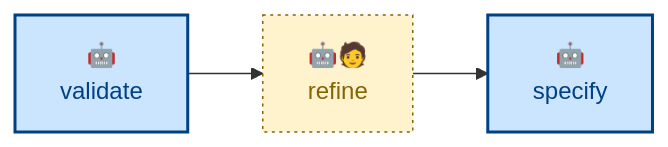
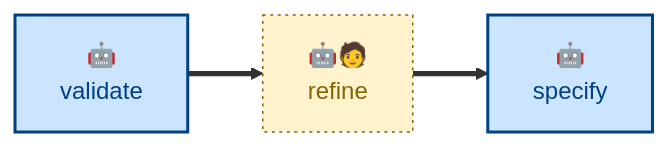
Before and after one commit to kieranpotts/skills: the diagram in skills/refine/README.md, drawn with Mermaid. The commit also changed other lines of this file and 56 other files, not shown here.

````diff
--- a/skills/refine/README.md
+++ b/skills/refine/README.md
@@ -35,16 +49,16 @@
 ```mermaid
 flowchart LR
   %% Node labels and classes.
   validate["🤖<br/>validate"]:::agentic
   refine["🤖🧑<br/>refine"]:::anthropic
   specify["🤖<br/>specify"]:::agentic
 
   %% Main workflow sequence.
-  validate --> refine
-  refine --> specify
+  validate ==> refine
+  refine ==> specify
 
   %% Class definitions.
   classDef agentic fill:#cce5ff,stroke:#004085,color:#004085,stroke-width:2px
   classDef scripted fill:#e2e3e5,stroke:#4b5157,color:#383d41,stroke-width:2px
   classDef anthropic fill:#fff3cd,stroke:#856404,color:#856404,stroke-width:1px,stroke-dasharray:2 3
 ```
````
